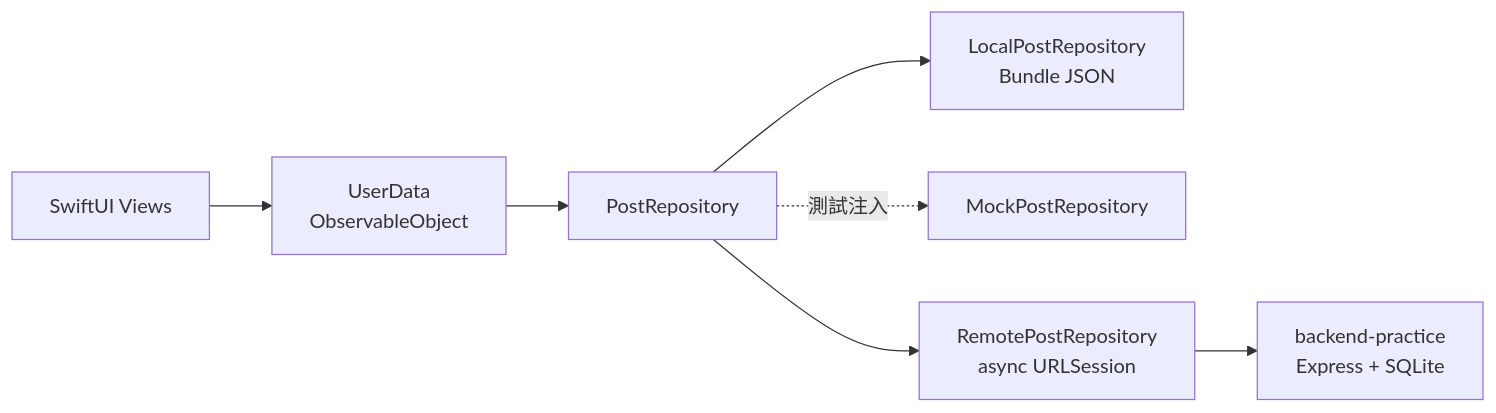
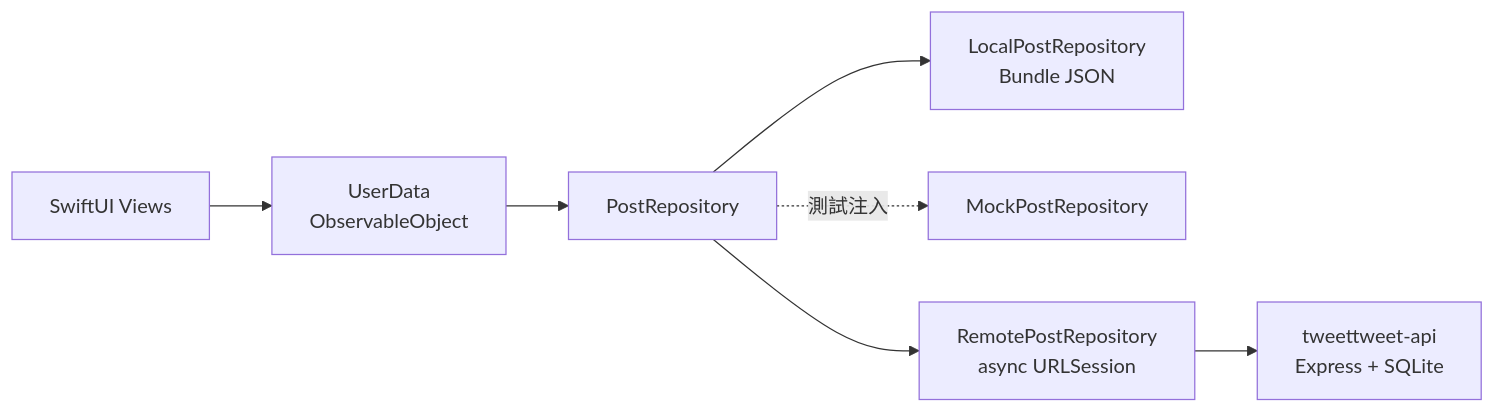
One commit to cowton0627/tweetTweet changed the diagram in README.md. Above: the diagram before and after it, drawn with Mermaid. The commit also changed other lines of this file and 3 other files, not shown here.

First line of the commit message:
docs: point at the renamed tweettweet-api repository

````diff
--- a/README.md
+++ b/README.md
@@ -51,9 +51,9 @@
 ```mermaid
 flowchart LR
     View["SwiftUI Views"] --> State["UserData<br/>ObservableObject"]
     State --> Contract["PostRepository"]
     Contract --> Local["LocalPostRepository<br/>Bundle JSON"]
     Contract -. 測試注入 .-> Mock["MockPostRepository"]
     Contract --> Remote["RemotePostRepository<br/>async URLSession"]
-    Remote --> API["backend-practice<br/>Express + SQLite"]
+    Remote --> API["tweettweet-api<br/>Express + SQLite"]
 ```
````
